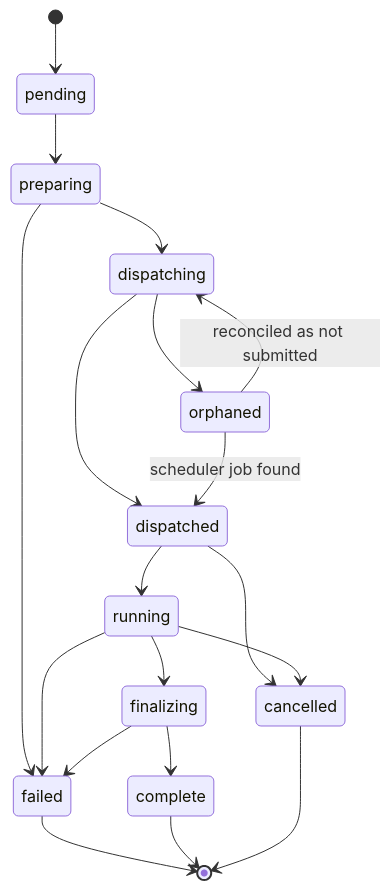
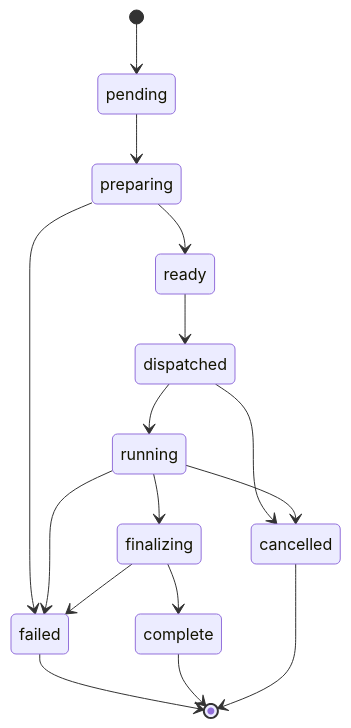
Before and after one commit to GoBobr/veriproc: the second of 5 diagrams in docs/specs/2.system_architecture.md, drawn with Mermaid. The commit also changed other lines of this file, not shown here.

Commit message:
docs(spec): align system architecture spec with implementation

````diff
--- a/docs/specs/2.system_architecture.md
+++ b/docs/specs/2.system_architecture.md
@@ -724,21 +723,18 @@
 ```mermaid
 stateDiagram-v2
   [*] --> pending
   pending --> preparing
-  preparing --> dispatching
+  preparing --> ready
   preparing --> failed
-  dispatching --> dispatched
-  dispatching --> orphaned
+  ready --> dispatched
   dispatched --> running
   running --> finalizing
   running --> failed
   finalizing --> complete
   finalizing --> failed
   dispatched --> cancelled
   running --> cancelled
-  orphaned --> dispatching: reconciled as not submitted
-  orphaned --> dispatched: scheduler job found
   failed --> [*]
   complete --> [*]
   cancelled --> [*]
 ```
````
